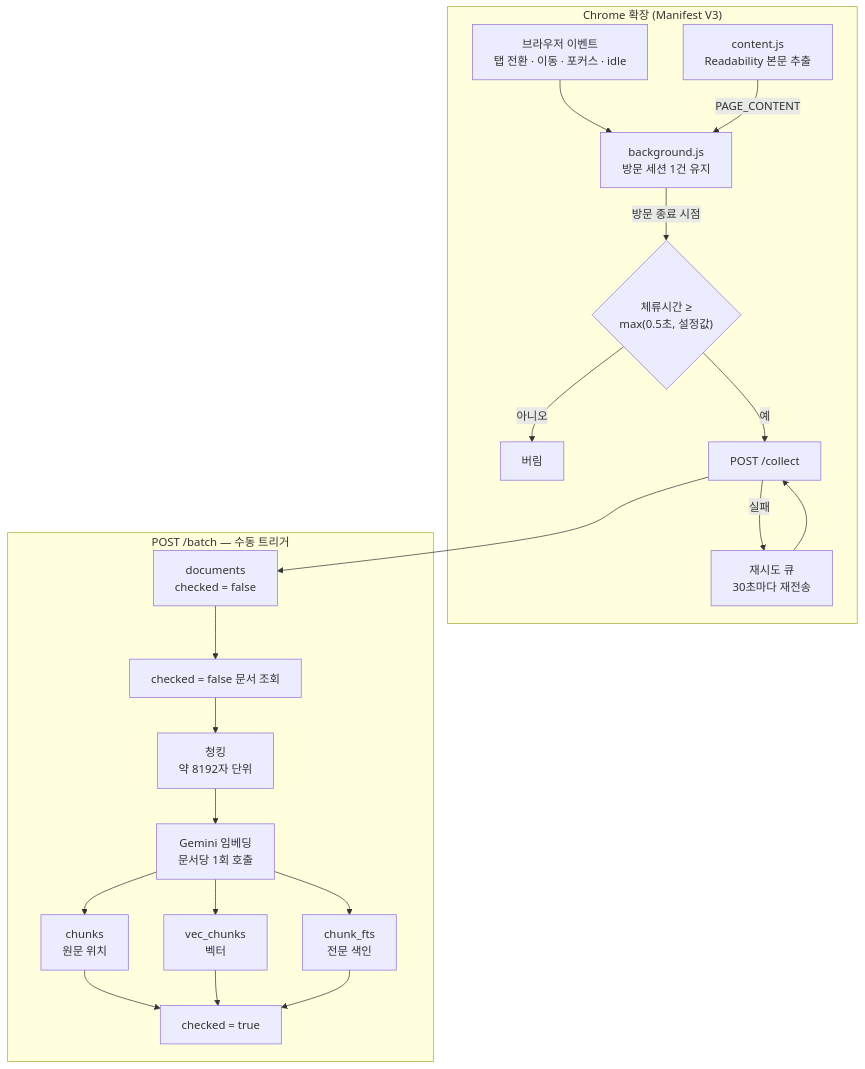
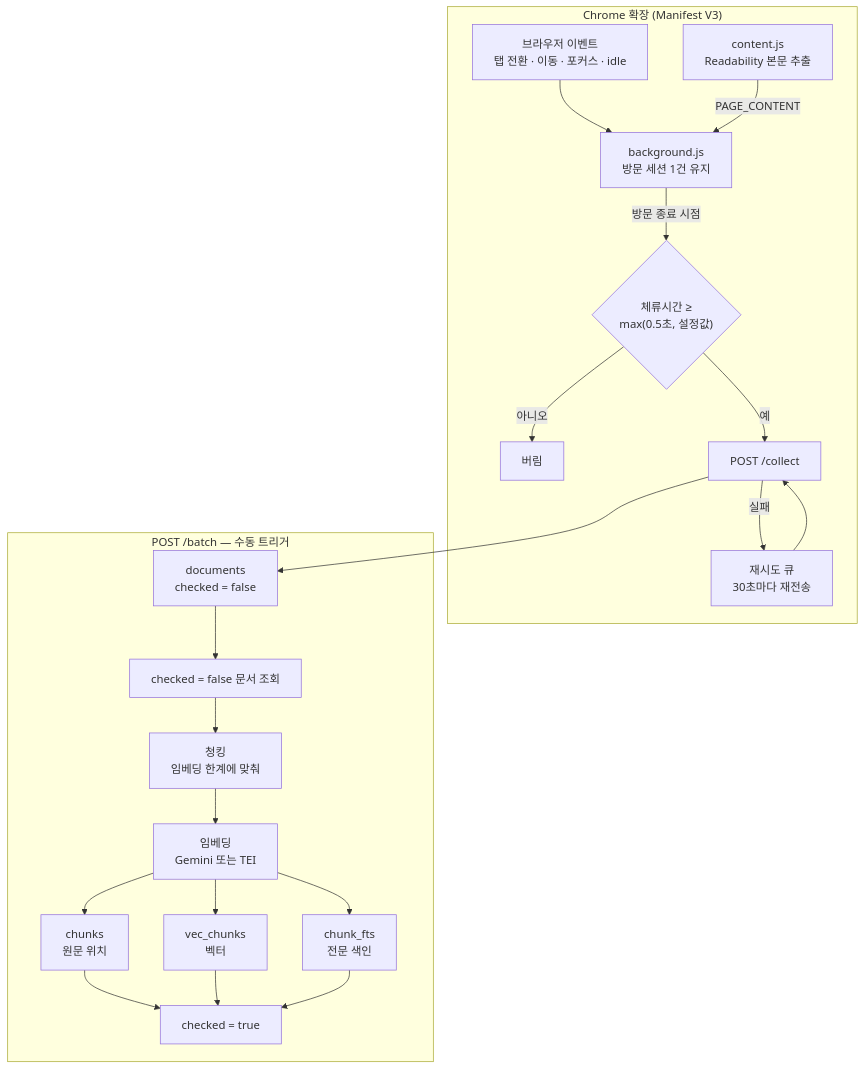
The first of 4 diagrams in docs/collection-pipeline.md (haesuo566/history_tracker), drawn with Mermaid before and after one commit. The commit also changed other lines of this file and 41 other files, not shown here.

````diff
--- a/docs/collection-pipeline.md
+++ b/docs/collection-pipeline.md
@@ -19,26 +19,26 @@
 ```mermaid
 flowchart TD
     subgraph EXT["Chrome 확장 (Manifest V3)"]
         A["브라우저 이벤트<br/>탭 전환 · 이동 · 포커스 · idle"] --> B["background.js<br/>방문 세션 1건 유지"]
         C["content.js<br/>Readability 본문 추출"] -->|PAGE_CONTENT| B
         B -->|"방문 종료 시점"| D{"체류시간 ≥<br/>max(0.5초, 설정값)"}
         D -->|아니오| X["버림"]
         D -->|예| E["POST /collect"]
         E -->|실패| Q["재시도 큐<br/>30초마다 재전송"]
         Q --> E
     end
 
     E --> F["documents<br/>checked = false"]
 
     subgraph BATCH["POST /batch — 수동 트리거"]
         F --> G["checked = false 문서 조회"]
-        G --> H["청킹<br/>약 8192자 단위"]
-        H --> I["Gemini 임베딩<br/>문서당 1회 호출"]
+        G --> H["청킹<br/>임베딩 한계에 맞춰"]
+        H --> I["임베딩<br/>Gemini 또는 TEI"]
         I --> J1["chunks<br/>원문 위치"]
         I --> J2["vec_chunks<br/>벡터"]
         I --> J3["chunk_fts<br/>전문 색인"]
         J1 --> K["checked = true"]
         J2 --> K
         J3 --> K
     end
 ```
````
